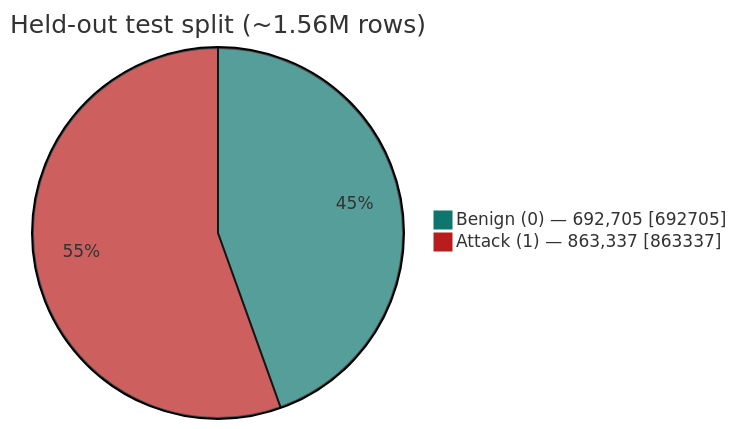
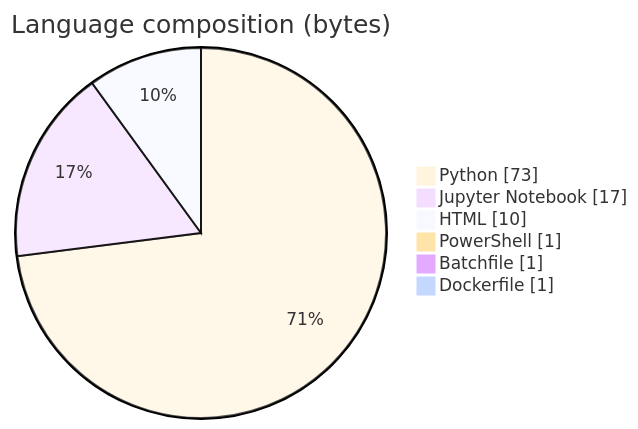
One commit to ArchanaChetan07/CyberSentinel-Security-Solutions changed the third of 3 diagrams in README.md. Above: the diagram before and after it, drawn with Mermaid. The commit also changed other lines of this file, not shown here.

Commit message:
docs: FAANG-ready professional README with diagrams and verified metrics

````diff
--- a/README.md
+++ b/README.md
@@ -36,6 +65,10 @@
 ```mermaid
-%%{init: {'theme': 'base', 'themeVariables': { 'pie1': '#0F766E', 'pie2': '#B91C1C'}}}%%
-pie showData title Held-out test split (~1.56M rows)
-    "Benign (0) — 692,705" : 692705
-    "Attack (1) — 863,337" : 863337
+%%{init: {'theme':'base'}}%%
+pie showData title Language composition (bytes)
+    "Python" : 73
+    "Jupyter Notebook" : 17
+    "HTML" : 10
+    "PowerShell" : 1
+    "Batchfile" : 1
+    "Dockerfile" : 1
 ```
````
